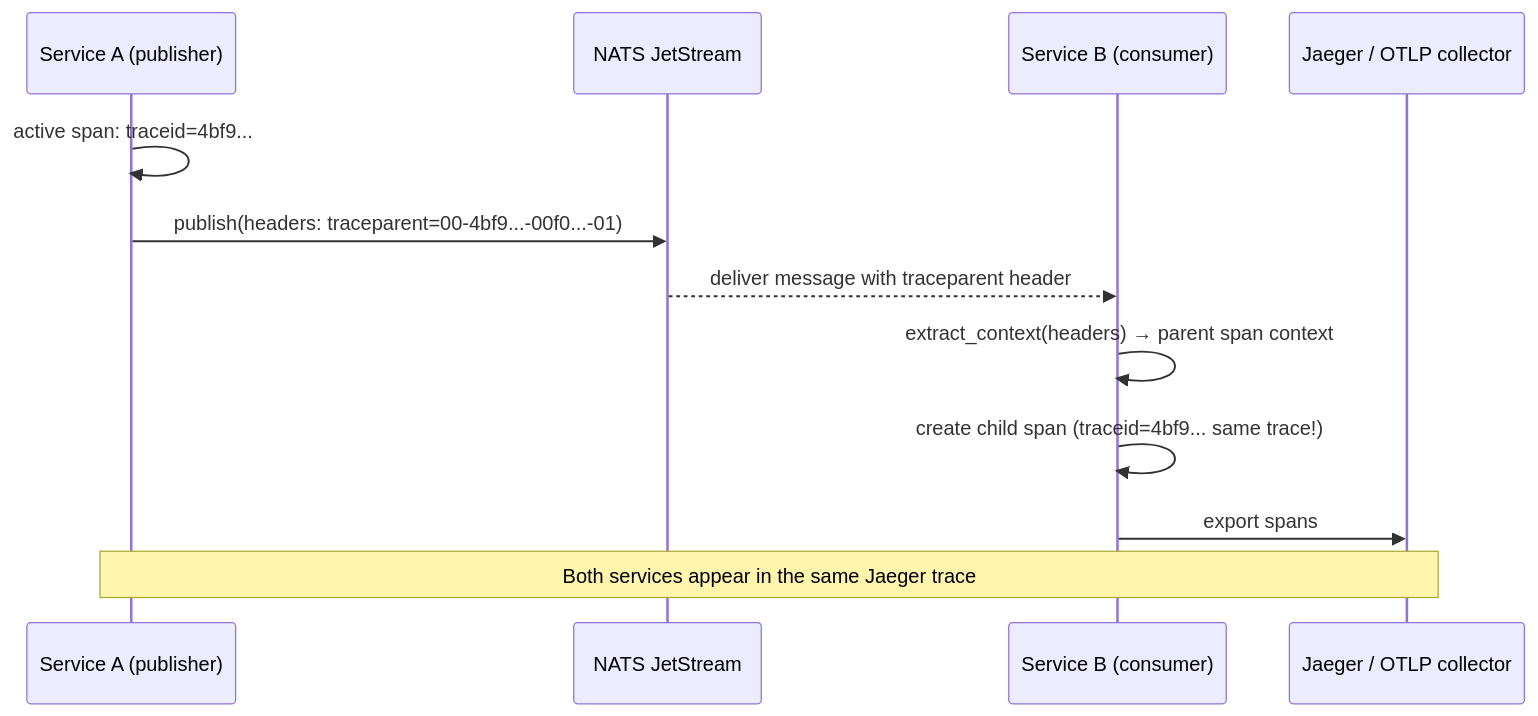
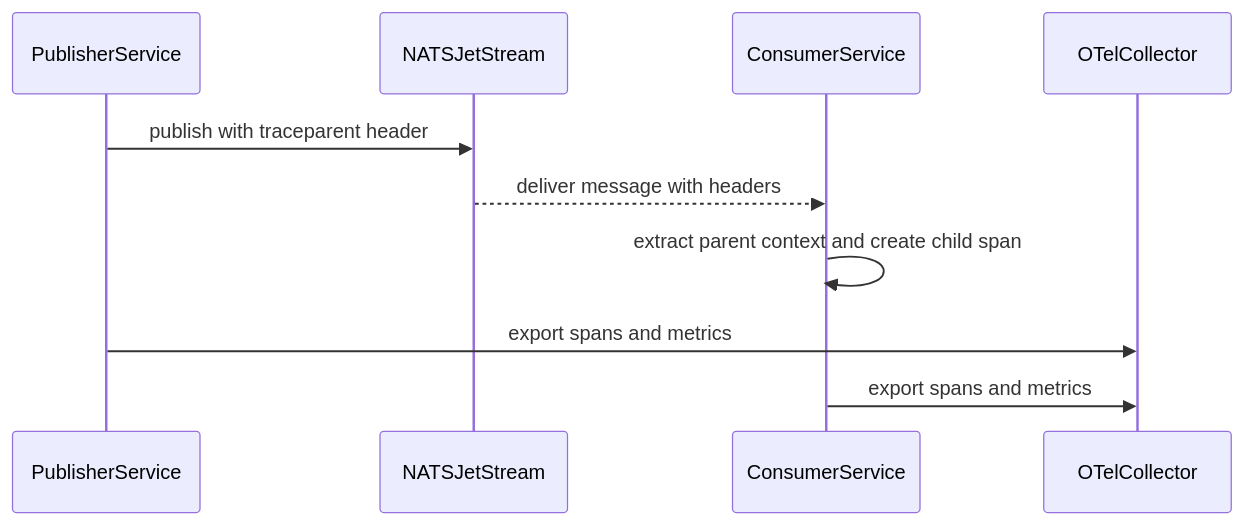
The fourth of 4 diagrams in docs/diagrams/system-diagrams.md (scriptkid23/eventbus-rs), drawn with Mermaid before and after one commit. The commit also changed other lines of this file and 1 other file, not shown here.

First line of the commit message:
slim: drop outbox and saga from architecture diagrams

````diff
--- a/docs/diagrams/system-diagrams.md
+++ b/docs/diagrams/system-diagrams.md
@@ -491,16 +75,13 @@
 ```mermaid
 sequenceDiagram
-    participant SVC_A as Service A (publisher)
-    participant NATS as NATS JetStream
-    participant SVC_B as Service B (consumer)
-    participant JAEGER as Jaeger / OTLP collector
+    participant svcA as PublisherService
+    participant nats as NATSJetStream
+    participant svcB as ConsumerService
+    participant otel as OTelCollector
 
-    SVC_A->>SVC_A: active span: traceid=4bf9...
-    SVC_A->>NATS: publish(headers: traceparent=00-4bf9...-00f0...-01)
-    NATS-->>SVC_B: deliver message with traceparent header
-    SVC_B->>SVC_B: extract_context(headers) → parent span context
-    SVC_B->>SVC_B: create child span (traceid=4bf9... same trace!)
-    SVC_B->>JAEGER: export spans
-
-    Note over SVC_A,JAEGER: Both services appear in the same Jaeger trace
+    svcA->>nats: publish with traceparent header
+    nats-->>svcB: deliver message with headers
+    svcB->>svcB: extract parent context and create child span
+    svcA->>otel: export spans and metrics
+    svcB->>otel: export spans and metrics
 ```
````
